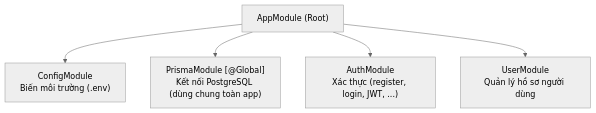
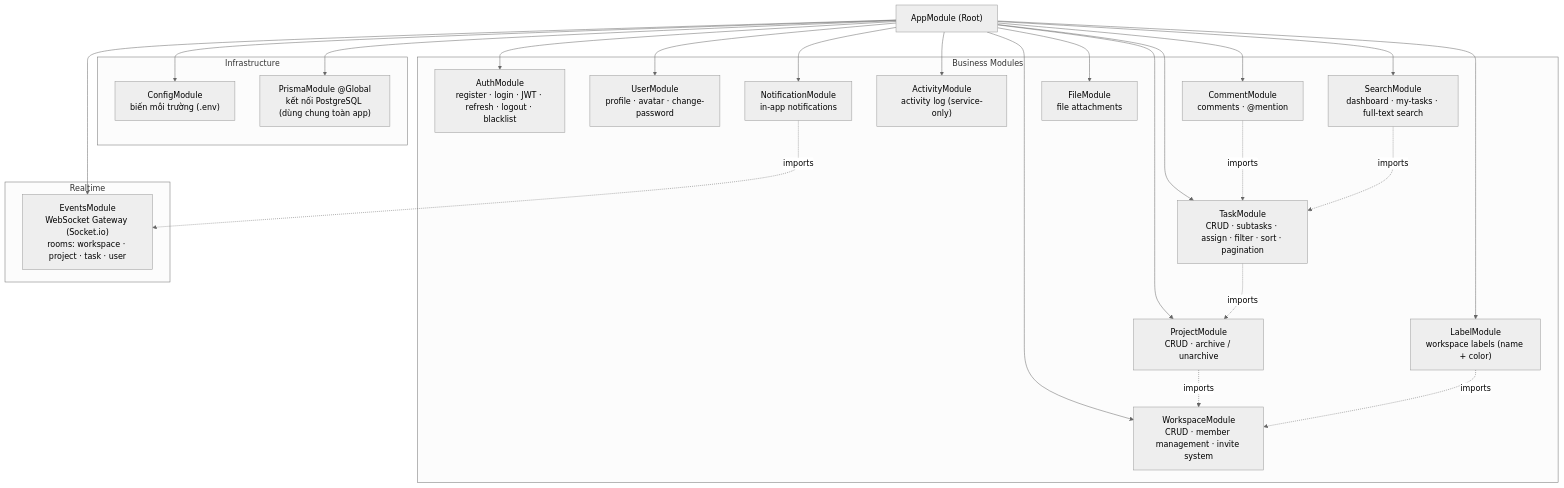
One commit to Ttuandatt/Todolist-CCNLTHD changed the second of 16 diagrams in docs/chapters/08-system-analysis-design-chapter.md. Above: the diagram before and after it, drawn with Mermaid (neutral theme). The commit also changed other lines of this file and 14 other files, not shown here.

First line of the commit message:
feat: implement Project module (9 endpoints) and create report improvement plan

````diff
--- a/docs/chapters/08-system-analysis-design-chapter.md
+++ b/docs/chapters/08-system-analysis-design-chapter.md
@@ -80,8 +84,49 @@
 ```mermaid
 graph TD
     AppModule["AppModule (Root)"]
-    AppModule --> ConfigModule["ConfigModule<br/>Biến môi trường (.env)"]
-    AppModule --> PrismaModule["PrismaModule [@Global]<br/>Kết nối PostgreSQL (dùng chung toàn app)"]
-    AppModule --> AuthModule["AuthModule<br/>Xác thực (register, login, JWT, ...)"]
-    AppModule --> UserModule["UserModule<br/>Quản lý hồ sơ người dùng"]
+
+    subgraph infra["Infrastructure"]
+        ConfigModule["ConfigModule<br/>biến môi trường (.env)"]
+        PrismaModule["PrismaModule @Global<br/>kết nối PostgreSQL (dùng chung toàn app)"]
+    end
+
+    subgraph business["Business Modules"]
+        AuthModule["AuthModule<br/>register · login · JWT · refresh · logout · blacklist"]
+        UserModule["UserModule<br/>profile · avatar · change-password"]
+        WorkspaceModule["WorkspaceModule<br/>CRUD · member management · invite system"]
+        ProjectModule["ProjectModule<br/>CRUD · archive / unarchive"]
+        LabelModule["LabelModule<br/>workspace labels (name + color)"]
+        TaskModule["TaskModule<br/>CRUD · subtasks · assign · filter · sort · pagination"]
+        CommentModule["CommentModule<br/>comments · @mention"]
+        ActivityModule["ActivityModule<br/>activity log (service-only)"]
+        NotificationModule["NotificationModule<br/>in-app notifications"]
+        FileModule["FileModule<br/>file attachments"]
+        SearchModule["SearchModule<br/>dashboard · my-tasks · full-text search"]
+    end
+
+    subgraph realtime["Realtime"]
+        EventsModule["EventsModule<br/>WebSocket Gateway (Socket.io)<br/>rooms: workspace · project · task · user"]
+    end
+
+    AppModule --> ConfigModule
+    AppModule --> PrismaModule
+    AppModule --> AuthModule
+    AppModule --> UserModule
+    AppModule --> WorkspaceModule
+    AppModule --> ProjectModule
+    AppModule --> LabelModule
+    AppModule --> TaskModule
+    AppModule --> CommentModule
+    AppModule --> ActivityModule
+    AppModule --> EventsModule
+    AppModule --> NotificationModule
+    AppModule --> FileModule
+    AppModule --> SearchModule
+
+    ProjectModule -.->|imports| WorkspaceModule
+    LabelModule -.->|imports| WorkspaceModule
+    TaskModule -.->|imports| ProjectModule
+    CommentModule -.->|imports| TaskModule
+    NotificationModule -.->|imports| EventsModule
+    SearchModule -.->|imports| TaskModule
 ```
````
